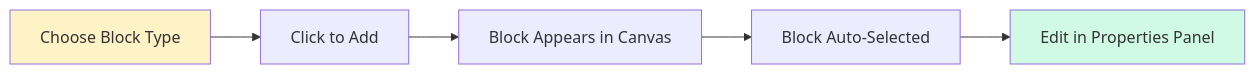
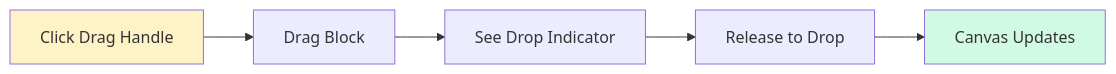
One commit to ChanMeng666/send-joy changed the ninth of 11 diagrams in TUTORIAL.md. Above: the diagram before and after it, drawn with Mermaid. The commit also changed other lines of this file and 1 other file, not shown here.

````diff
--- a/TUTORIAL.md
+++ b/TUTORIAL.md
@@ -412,10 +470,10 @@
 ```mermaid
 flowchart LR
-    A[Choose Block Type] --> B[Click to Add]
-    B --> C[Block Appears in Canvas]
-    C --> D[Block Auto-Selected]
-    D --> E[Edit in Properties Panel]
+    A[Click Drag Handle] --> B[Drag Block]
+    B --> C[See Drop Indicator]
+    C --> D[Release to Drop]
+    D --> E[Canvas Updates]
 
     style A fill:#FEF3C7
     style E fill:#D1FAE5
 ```
````
